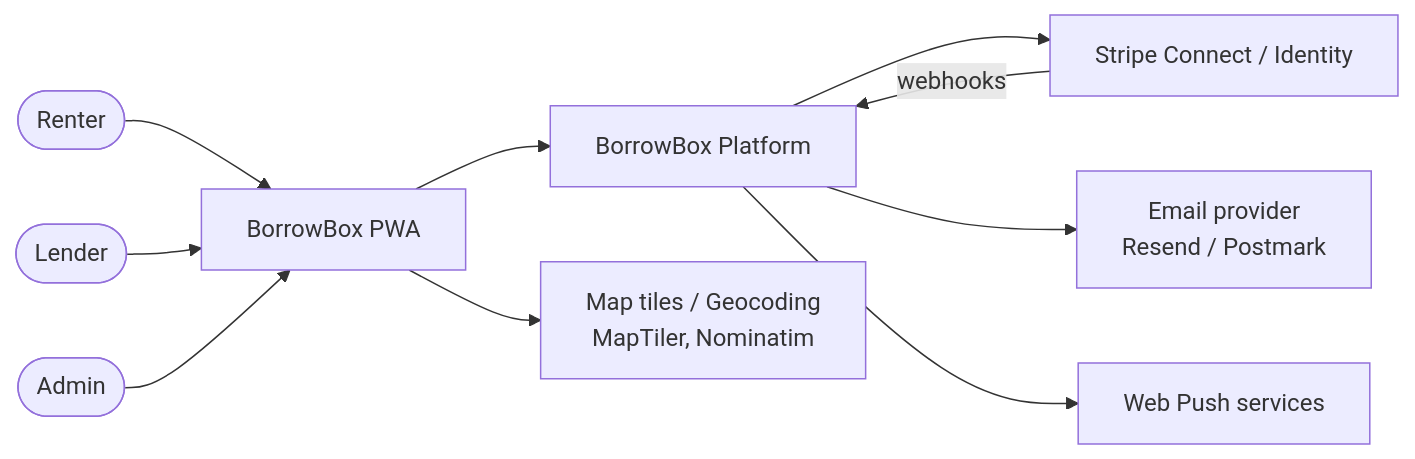
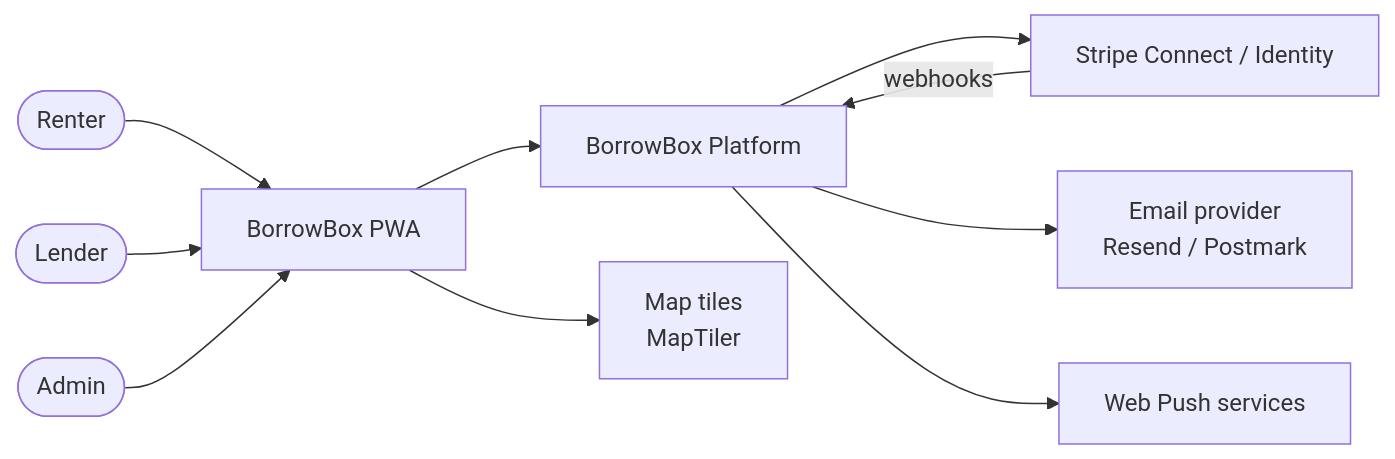
One commit to pavlmarg/BorrowBox changed the first of 4 diagrams in docs/ARCHITECTURE.md. Above: the diagram before and after it, drawn with Mermaid. The commit also changed other lines of this file and 6 other files, not shown here.

````diff
--- a/docs/ARCHITECTURE.md
+++ b/docs/ARCHITECTURE.md
@@ -14,12 +14,12 @@
 ```mermaid
 flowchart LR
     renter([Renter]) --> pwa[BorrowBox PWA]
     lender([Lender]) --> pwa
     admin([Admin]) --> pwa
     pwa --> bb[BorrowBox Platform]
     bb --> stripe[Stripe Connect / Identity]
     bb --> email[Email provider<br/>Resend / Postmark]
     bb --> push[Web Push services]
-    pwa --> tiles[Map tiles / Geocoding<br/>MapTiler, Nominatim]
+    pwa --> tiles[Map tiles<br/>MapTiler]
     stripe -- webhooks --> bb
 ```
````
